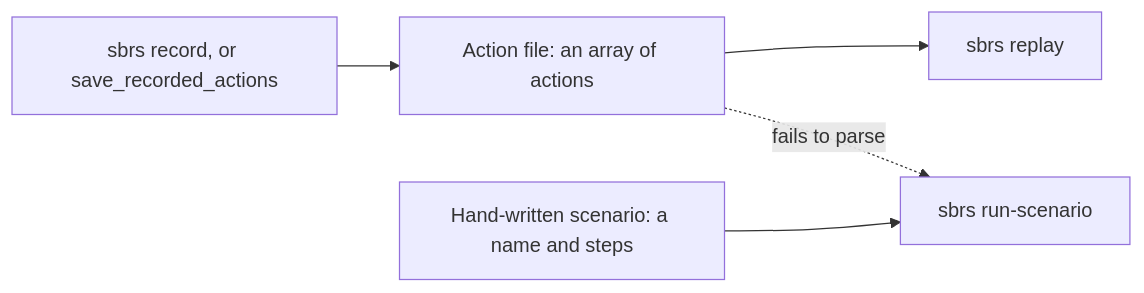
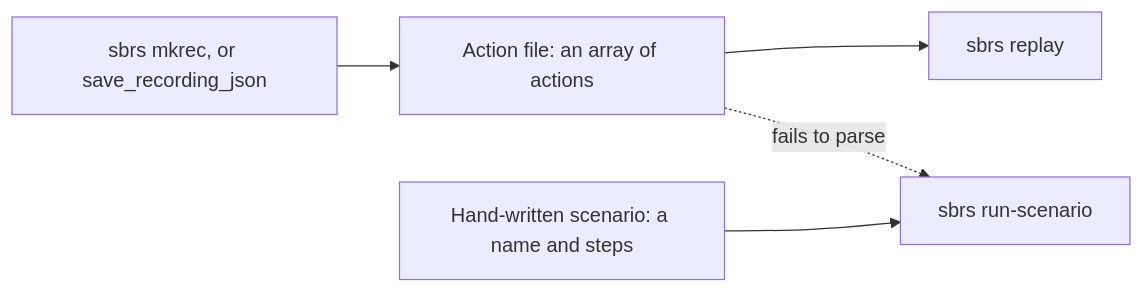
One commit to MustCodeAl/seleniumbase-rs changed the diagram in docs/tutorials/recorder_mode.md. Above: the diagram before and after it, drawn with Mermaid. The commit also changed other lines of this file and 6 other files, not shown here.

Commit message:
docs(recorder): mkrec, Recorder Mode, the output formats, replay and sbrs recorder

````diff
--- a/docs/tutorials/recorder_mode.md
+++ b/docs/tutorials/recorder_mode.md
@@ -187,7 +308,7 @@
 ```mermaid
 graph LR
-  A["sbrs record, or save_recorded_actions"] --> B["Action file: an array of actions"]
+  A["sbrs mkrec, or save_recording_json"] --> B["Action file: an array of actions"]
   B --> C["sbrs replay"]
   D["Hand-written scenario: a name and steps"] --> E["sbrs run-scenario"]
   B -.->|fails to parse| E
 ```
````
